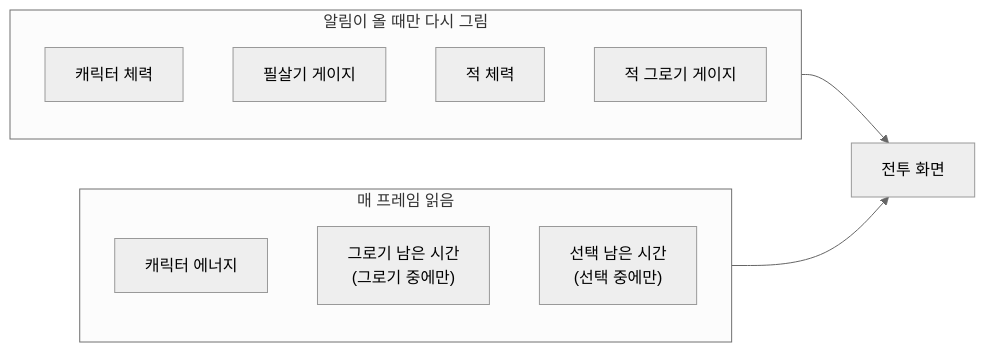
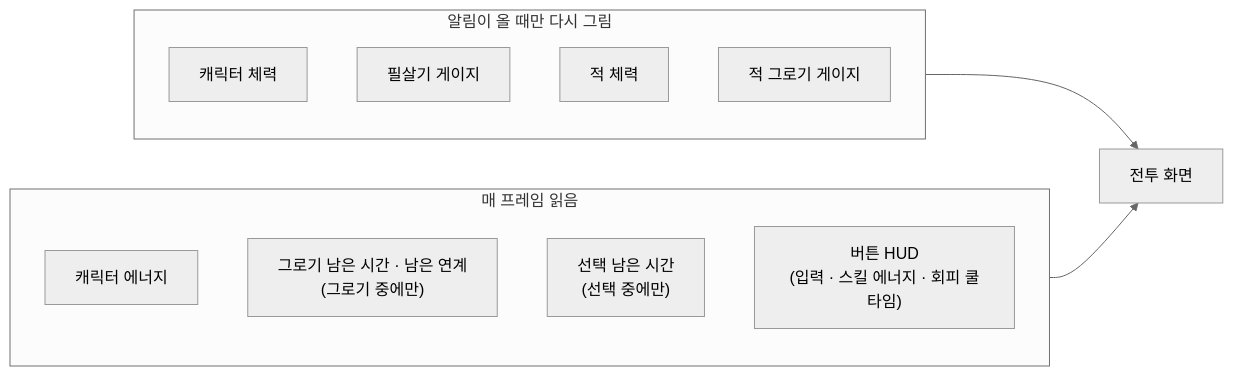
Before and after one commit to SquashPrince/Develrocket_mp15_HHH: the first of 5 diagrams in Docs/Technical/UI/BattleHud.md, drawn with Mermaid (neutral theme). The commit also changed other lines of this file and 2 other files, not shown here.

First line of the commit message:
[Docs] 전투 HUD 세부 표시 기술 문서 갱신

````diff
--- a/Docs/Technical/UI/BattleHud.md
+++ b/Docs/Technical/UI/BattleHud.md
@@ -19,16 +22,17 @@
 ```mermaid
 flowchart LR
     subgraph 알림["알림이 올 때만 다시 그림"]
         H["캐릭터 체력"]
         U["필살기 게이지"]
         EH["적 체력"]
         EG["적 그로기 게이지"]
     end
     subgraph 매프레임["매 프레임 읽음"]
         E["캐릭터 에너지"]
-        GT["그로기 남은 시간<br>(그로기 중에만)"]
+        GT["그로기 남은 시간 · 남은 연계<br>(그로기 중에만)"]
         ST["선택 남은 시간<br>(선택 중에만)"]
+        B["버튼 HUD<br>(입력 · 스킬 에너지 · 회피 쿨타임)"]
     end
     알림 --> UI["전투 화면"]
     매프레임 --> UI
 ```
````
